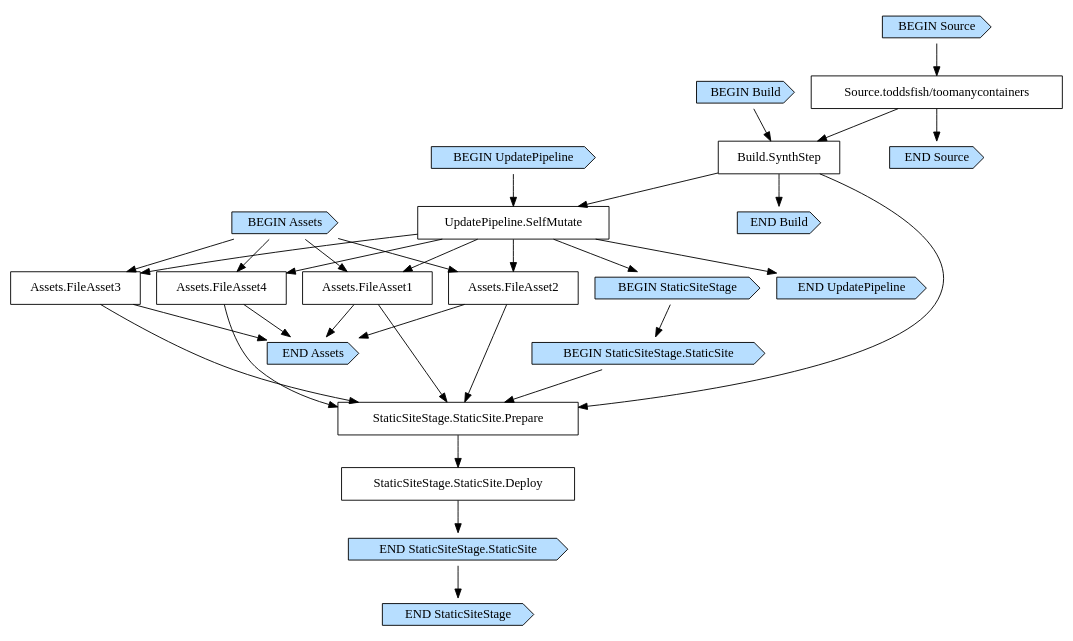
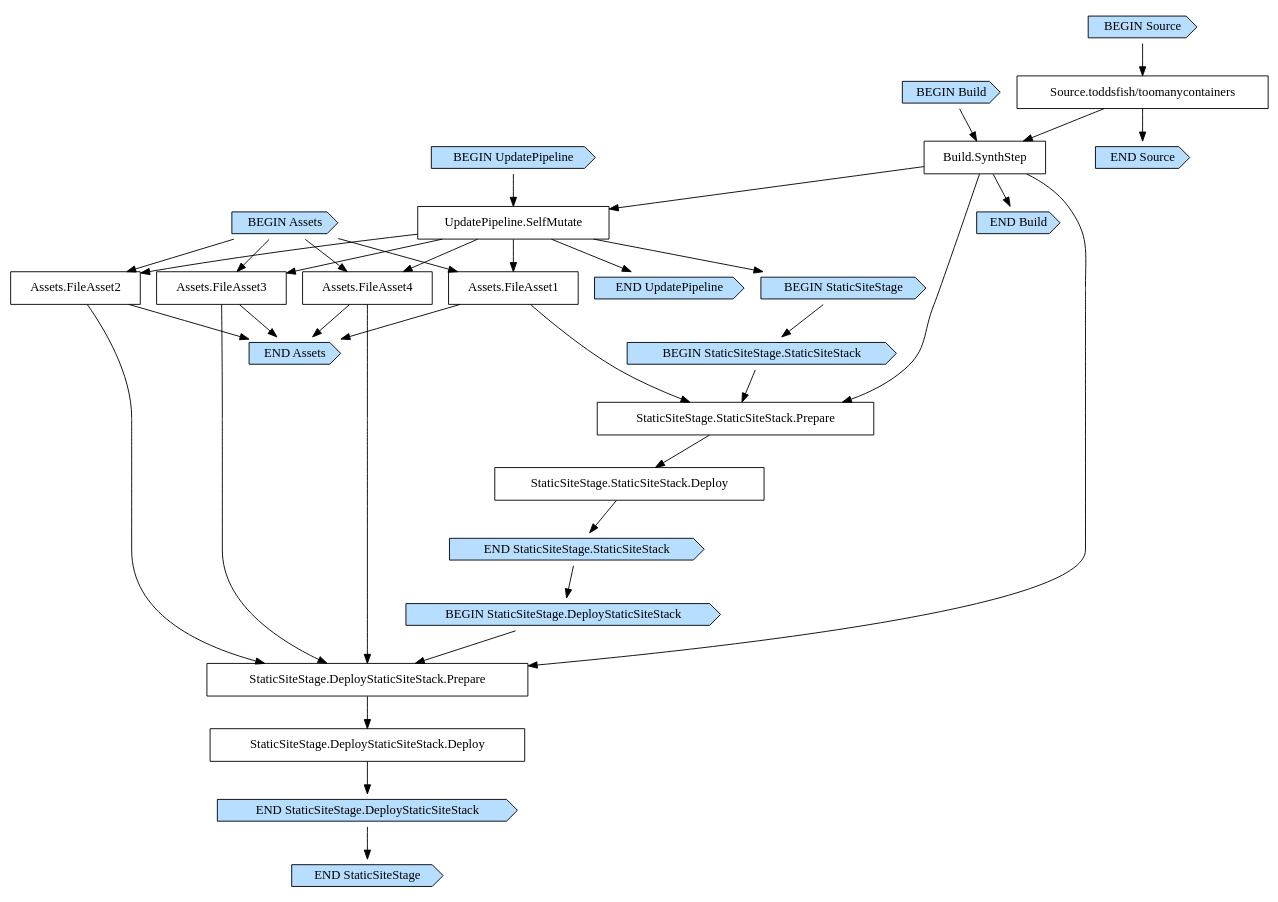
Before and after one commit to toddsfish/toomanycontainers: the diagram in infra/cdk.out/PipelineStackPipeline9DB740AF.dot, drawn with Graphviz. The commit also changed 13 other files, not shown here.

```diff
--- a/infra/cdk.out/PipelineStackPipeline9DB740AF.dot
+++ b/infra/cdk.out/PipelineStackPipeline9DB740AF.dot
@@ -1,59 +1,68 @@
 digraph G {
   # Arrows represent an "unlocks" relationship (opposite of dependency). So chosen
   # because the layout looks more natural that way.
   # To represent subgraph dependencies, subgraphs are represented by BEGIN/END nodes.
   # To render: `dot -Tsvg PipelineStackPipeline9DB740AF.dot > graph.svg`, open in a browser.
   node [shape="box"];
 "BEGIN Build" [shape="cds", style="filled", fillcolor="#b7deff"];
 "END Build" [shape="cds", style="filled", fillcolor="#b7deff"];
 "Build.SynthStep";
 "Source.toddsfish/toomanycontainers" -> "Build.SynthStep";
 "BEGIN Build" -> "Build.SynthStep";
 "Build.SynthStep" -> "END Build";
 "BEGIN UpdatePipeline" [shape="cds", style="filled", fillcolor="#b7deff"];
 "END UpdatePipeline" [shape="cds", style="filled", fillcolor="#b7deff"];
 "UpdatePipeline.SelfMutate";
 "Build.SynthStep" -> "UpdatePipeline.SelfMutate";
 "BEGIN UpdatePipeline" -> "UpdatePipeline.SelfMutate";
 "UpdatePipeline.SelfMutate" -> "END UpdatePipeline";
 "BEGIN Assets" [shape="cds", style="filled", fillcolor="#b7deff"];
 "END Assets" [shape="cds", style="filled", fillcolor="#b7deff"];
 "Assets.FileAsset1";
 "UpdatePipeline.SelfMutate" -> "Assets.FileAsset1";
 "Assets.FileAsset2";
 "UpdatePipeline.SelfMutate" -> "Assets.FileAsset2";
 "Assets.FileAsset3";
 "UpdatePipeline.SelfMutate" -> "Assets.FileAsset3";
 "Assets.FileAsset4";
 "UpdatePipeline.SelfMutate" -> "Assets.FileAsset4";
 "BEGIN Assets" -> "Assets.FileAsset1";
 "BEGIN Assets" -> "Assets.FileAsset2";
 "BEGIN Assets" -> "Assets.FileAsset3";
 "BEGIN Assets" -> "Assets.FileAsset4";
 "Assets.FileAsset1" -> "END Assets";
 "Assets.FileAsset2" -> "END Assets";
 "Assets.FileAsset3" -> "END Assets";
 "Assets.FileAsset4" -> "END Assets";
 "BEGIN StaticSiteStage" [shape="cds", style="filled", fillcolor="#b7deff"];
 "END StaticSiteStage" [shape="cds", style="filled", fillcolor="#b7deff"];
 "UpdatePipeline.SelfMutate" -> "BEGIN StaticSiteStage";
-"BEGIN StaticSiteStage.StaticSite" [shape="cds", style="filled", fillcolor="#b7deff"];
-"END StaticSiteStage.StaticSite" [shape="cds", style="filled", fillcolor="#b7deff"];
-"StaticSiteStage.StaticSite.Deploy";
-"StaticSiteStage.StaticSite.Prepare" -> "StaticSiteStage.StaticSite.Deploy";
-"StaticSiteStage.StaticSite.Prepare";
-"Build.SynthStep" -> "StaticSiteStage.StaticSite.Prepare";
-"Assets.FileAsset1" -> "StaticSiteStage.StaticSite.Prepare";
-"Assets.FileAsset2" -> "StaticSiteStage.StaticSite.Prepare";
-"Assets.FileAsset3" -> "StaticSiteStage.StaticSite.Prepare";
-"Assets.FileAsset4" -> "StaticSiteStage.StaticSite.Prepare";
-"BEGIN StaticSiteStage.StaticSite" -> "StaticSiteStage.StaticSite.Prepare";
-"StaticSiteStage.StaticSite.Deploy" -> "END StaticSiteStage.StaticSite";
-"BEGIN StaticSiteStage" -> "BEGIN StaticSiteStage.StaticSite";
-"END StaticSiteStage.StaticSite" -> "END StaticSiteStage";
+"BEGIN StaticSiteStage.StaticSiteStack" [shape="cds", style="filled", fillcolor="#b7deff"];
+"END StaticSiteStage.StaticSiteStack" [shape="cds", style="filled", fillcolor="#b7deff"];
+"StaticSiteStage.StaticSiteStack.Deploy";
+"StaticSiteStage.StaticSiteStack.Prepare" -> "StaticSiteStage.StaticSiteStack.Deploy";
+"StaticSiteStage.StaticSiteStack.Prepare";
+"Build.SynthStep" -> "StaticSiteStage.StaticSiteStack.Prepare";
+"Assets.FileAsset1" -> "StaticSiteStage.StaticSiteStack.Prepare";
+"BEGIN StaticSiteStage.StaticSiteStack" -> "StaticSiteStage.StaticSiteStack.Prepare";
+"StaticSiteStage.StaticSiteStack.Deploy" -> "END StaticSiteStage.StaticSiteStack";
+"BEGIN StaticSiteStage.DeployStaticSiteStack" [shape="cds", style="filled", fillcolor="#b7deff"];
+"END StaticSiteStage.DeployStaticSiteStack" [shape="cds", style="filled", fillcolor="#b7deff"];
+"END StaticSiteStage.StaticSiteStack" -> "BEGIN StaticSiteStage.DeployStaticSiteStack";
+"StaticSiteStage.DeployStaticSiteStack.Deploy";
+"StaticSiteStage.DeployStaticSiteStack.Prepare" -> "StaticSiteStage.DeployStaticSiteStack.Deploy";
+"StaticSiteStage.DeployStaticSiteStack.Prepare";
+"Build.SynthStep" -> "StaticSiteStage.DeployStaticSiteStack.Prepare";
+"Assets.FileAsset2" -> "StaticSiteStage.DeployStaticSiteStack.Prepare";
+"Assets.FileAsset3" -> "StaticSiteStage.DeployStaticSiteStack.Prepare";
+"Assets.FileAsset4" -> "StaticSiteStage.DeployStaticSiteStack.Prepare";
+"BEGIN StaticSiteStage.DeployStaticSiteStack" -> "StaticSiteStage.DeployStaticSiteStack.Prepare";
+"StaticSiteStage.DeployStaticSiteStack.Deploy" -> "END StaticSiteStage.DeployStaticSiteStack";
+"BEGIN StaticSiteStage" -> "BEGIN StaticSiteStage.StaticSiteStack";
+"END StaticSiteStage.DeployStaticSiteStack" -> "END StaticSiteStage";
 "BEGIN Source" [shape="cds", style="filled", fillcolor="#b7deff"];
 "END Source" [shape="cds", style="filled", fillcolor="#b7deff"];
 "Source.toddsfish/toomanycontainers";
 "BEGIN Source" -> "Source.toddsfish/toomanycontainers";
 "Source.toddsfish/toomanycontainers" -> "END Source";
 }
```
